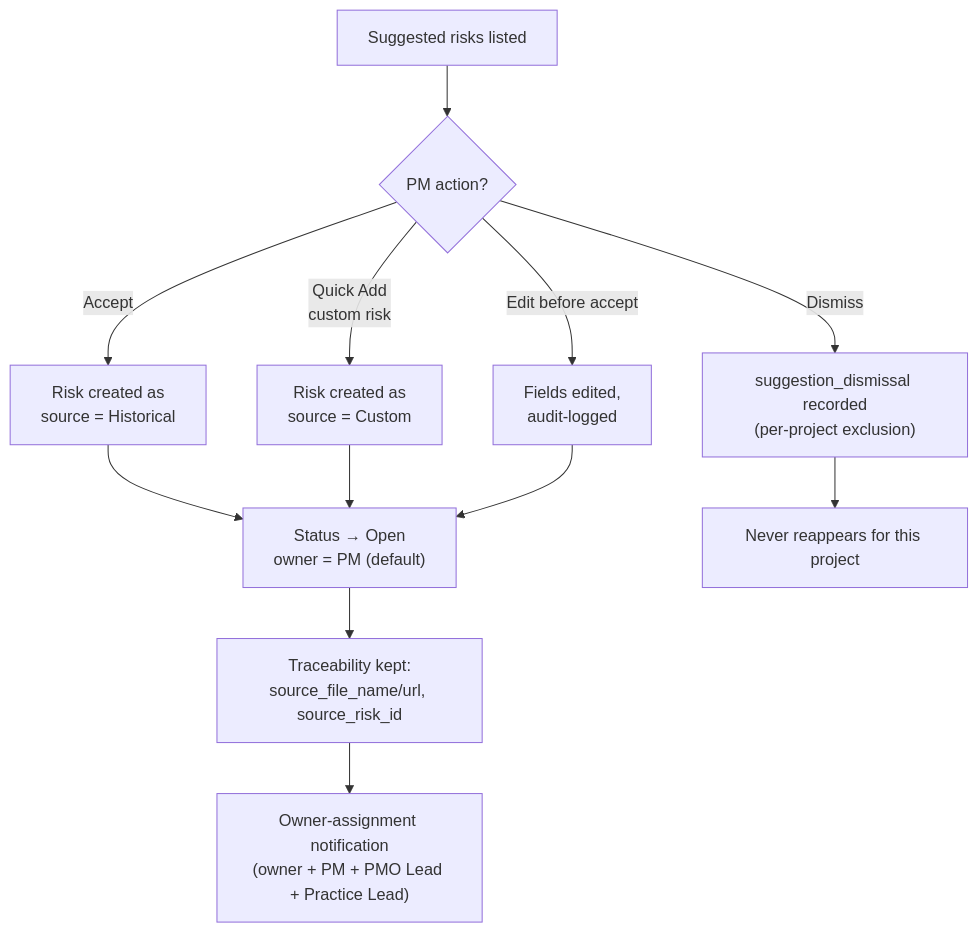
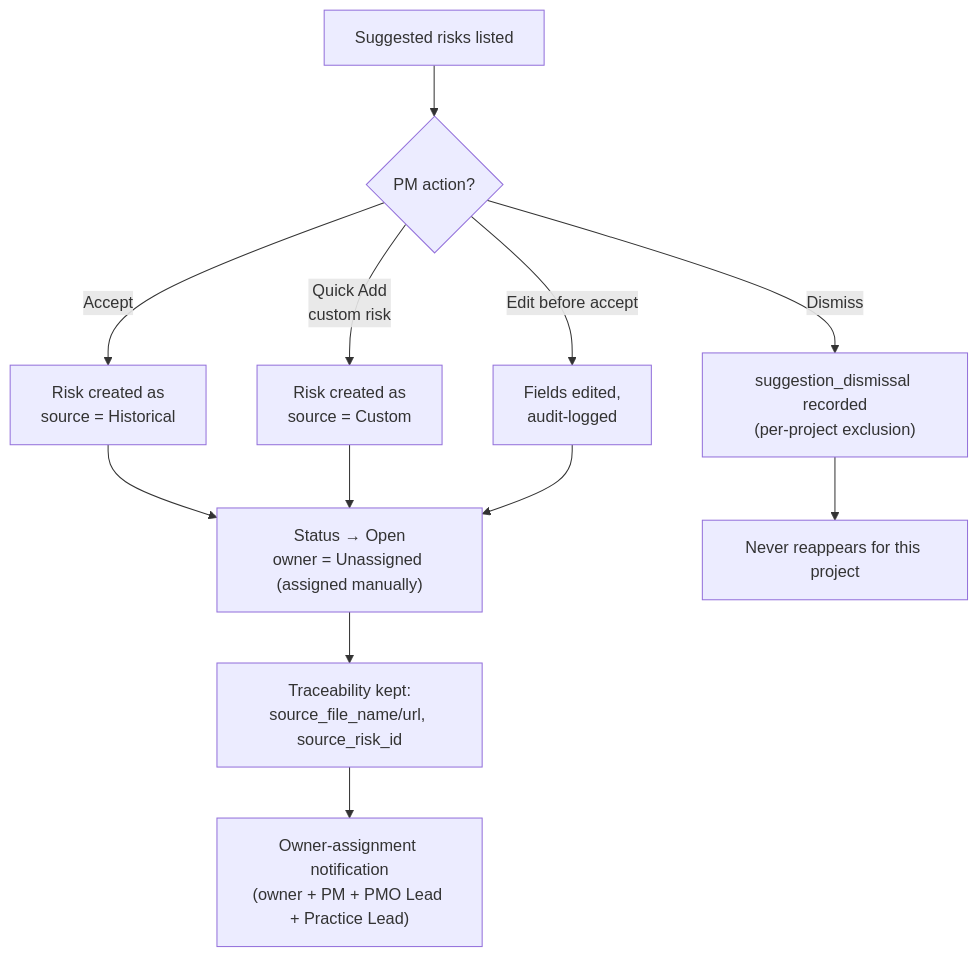
Before and after one commit to BelloOlawale/Pmo-risk-reccurrence: the fifth of 11 diagrams in PROCESS_FLOW.md, drawn with Mermaid. The commit also changed other lines of this file and 14 other files, not shown here.

First line of the commit message:
feat(risks): add risks as Open with manual owner; trim suggestions UI

````diff
--- a/PROCESS_FLOW.md
+++ b/PROCESS_FLOW.md
@@ -181,14 +181,14 @@
 ```mermaid
 flowchart TD
     A["Suggested risks listed"] --> B{"PM action?"}
     B -->|"Accept"| C["Risk created as<br/>source = Historical"]
-    C --> D["Status → Open<br/>owner = PM (default)"]
+    C --> D["Status → Open<br/>owner = Unassigned (assigned manually)"]
     D --> E["Traceability kept:<br/>source_file_name/url, source_risk_id"]
     E --> F["Owner-assignment notification<br/>(owner + PM + PMO Lead + Practice Lead)"]
     B -->|"Dismiss"| G["suggestion_dismissal recorded<br/>(per-project exclusion)"]
     G --> H["Never reappears for this project"]
     B -->|"Quick Add<br/>custom risk"| I["Risk created as<br/>source = Custom"]
     I --> D
     B -->|"Edit before accept"| J["Fields edited,<br/>audit-logged"]
     J --> D
 ```
````
